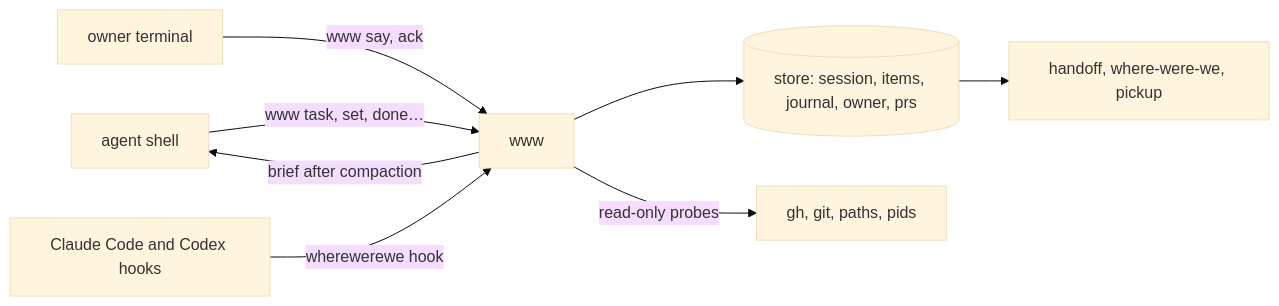
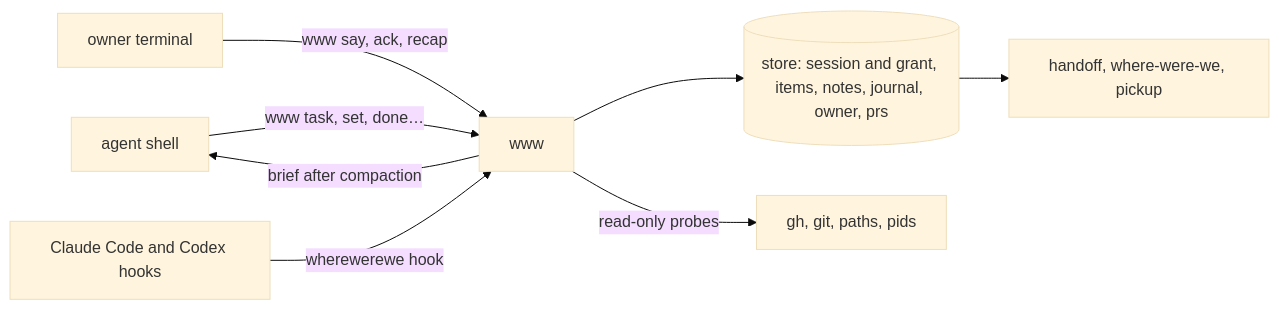
Before and after one commit to zgeoff/wherewerewe: the diagram in docs/design/wherewerewe/README.md, drawn with Mermaid (base theme). The commit also changed other lines of this file and 8 other files, not shown here.

First line of the commit message:
docs: amend the design for notes, the grant and recap (#20)

````diff
--- a/docs/design/wherewerewe/README.md
+++ b/docs/design/wherewerewe/README.md
@@ -14,10 +14,10 @@
 ```mermaid
 flowchart LR
   agent[agent shell] -->|"www task, set, done…"| cli[www]
-  owner[owner terminal] -->|"www say, ack"| cli
-  cli --> store[(store: session, items, journal, owner, prs)]
+  owner[owner terminal] -->|"www say, ack, recap"| cli
+  cli --> store[(store: session and grant, items, notes, journal, owner, prs)]
   cli -->|"read-only probes"| world[gh, git, paths, pids]
   hooks[Claude Code and Codex hooks] -->|"wherewerewe hook"| cli
   cli -->|"brief after compaction"| agent
   store --> skills[handoff, where-were-we, pickup]
 ```
````
